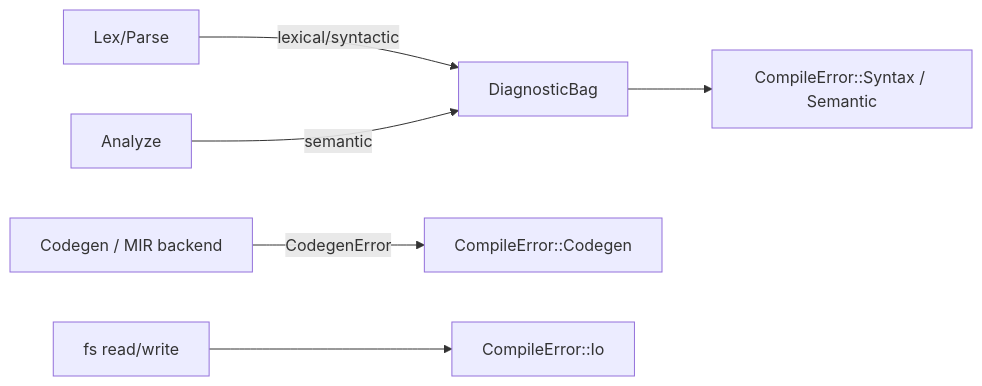
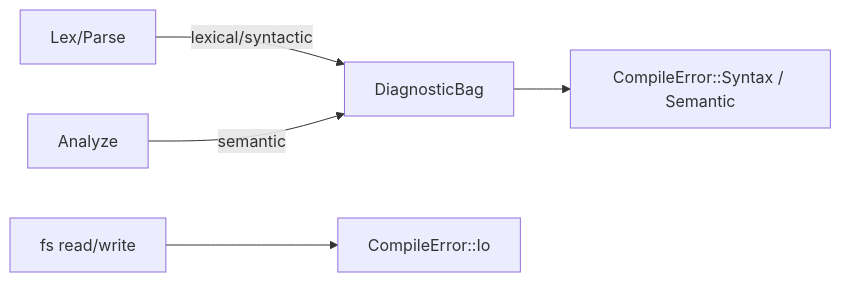
One commit to sps014/MinLang changed the second of 2 diagrams in design/compiler/01-pipeline-overview.md. Above: the diagram before and after it, drawn with Mermaid. The commit also changed other lines of this file and 15 other files, not shown here.

First line of the commit message:
refactor: finalize migration to MIR backend and remove legacy components

````diff
--- a/design/compiler/01-pipeline-overview.md
+++ b/design/compiler/01-pipeline-overview.md
@@ -104,8 +105,7 @@
 ```mermaid
 flowchart LR
     A[Lex/Parse] -->|lexical/syntactic| D[DiagnosticBag]
     B[Analyze] -->|semantic| D
     D --> CE1[CompileError::Syntax / Semantic]
-    C[Codegen / MIR backend] -->|CodegenError| CE2[CompileError::Codegen]
     IO[fs read/write] --> CE3[CompileError::Io]
 ```
````
